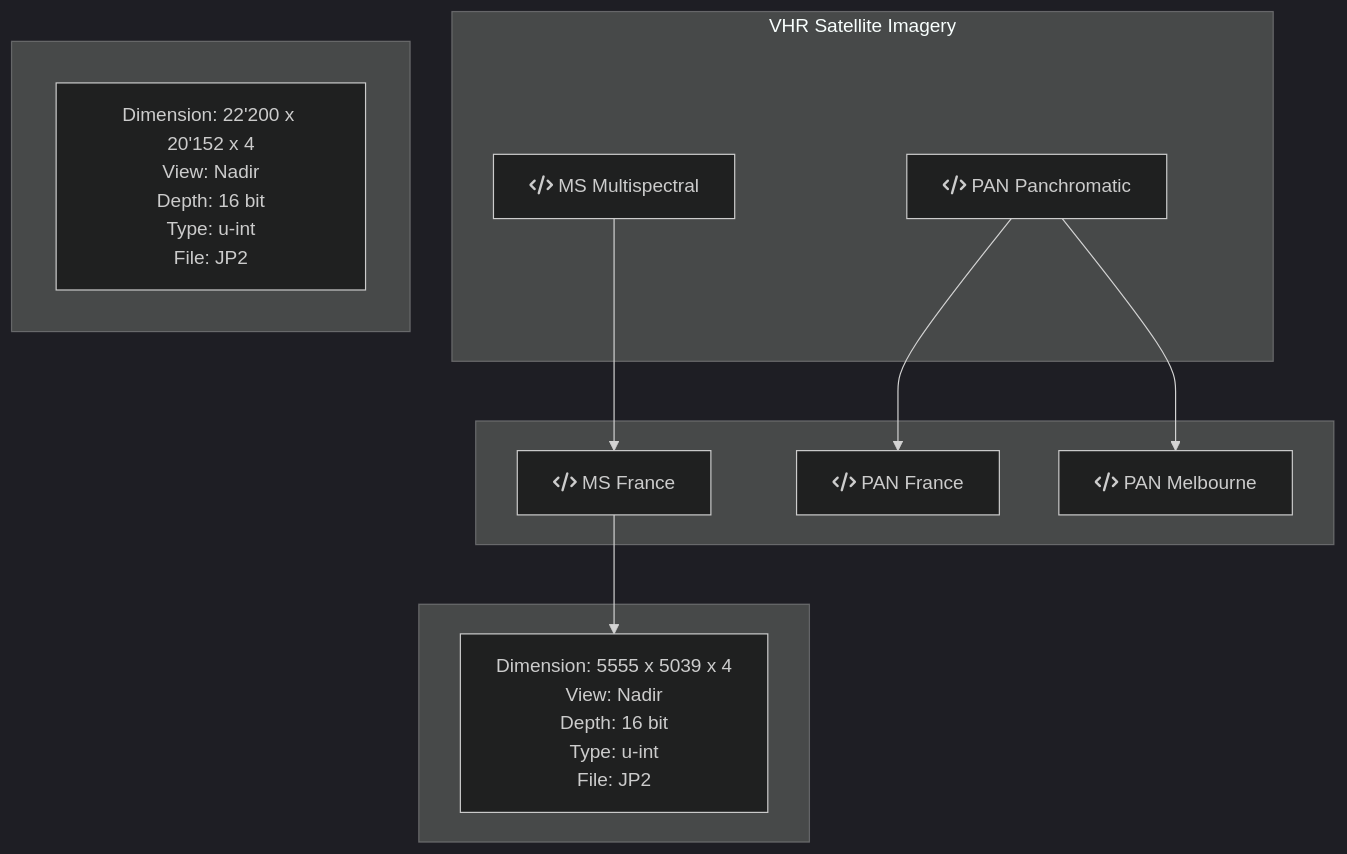
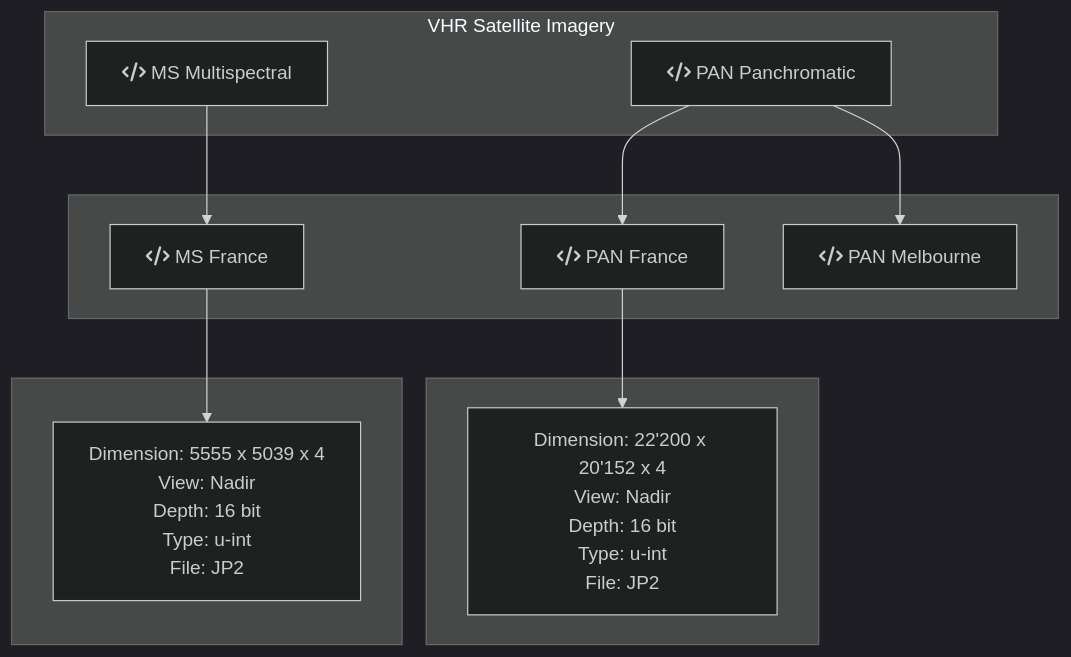
One commit to DippoldEJ/Satellite-Datasets changed the diagram in Pleiades/README.md. Above: the diagram before and after it, drawn with Mermaid (dark theme).

````diff
--- a/Pleiades/README.md
+++ b/Pleiades/README.md
@@ -7,36 +7,37 @@
 ```mermaid
 flowchart TD;
 
 subgraph VHR Satellite Imagery
     a[fa:fa-code MS Multispectral]
     b[fa:fa-code PAN Panchromatic]
     end
 
 subgraph  
     c[fa:fa-code MS France]
     d[fa:fa-code PAN France]
     e[fa:fa-code PAN Melbourne]
     end
 
 subgraph  
     f["`Dimension: 5555 x 5039 x 4
     View: Nadir
     Depth: 16 bit
     Type: u-int
     File: JP2`"]
 end
 
 subgraph  
     g["`Dimension: 22'200 x 20'152 x 4
     View: Nadir
     Depth: 16 bit
     Type: u-int
     File: JP2`"]
 end
 
 c --> f
 a --> c
 b --> d
 b --> e
+d --> g
 
 ```
````
